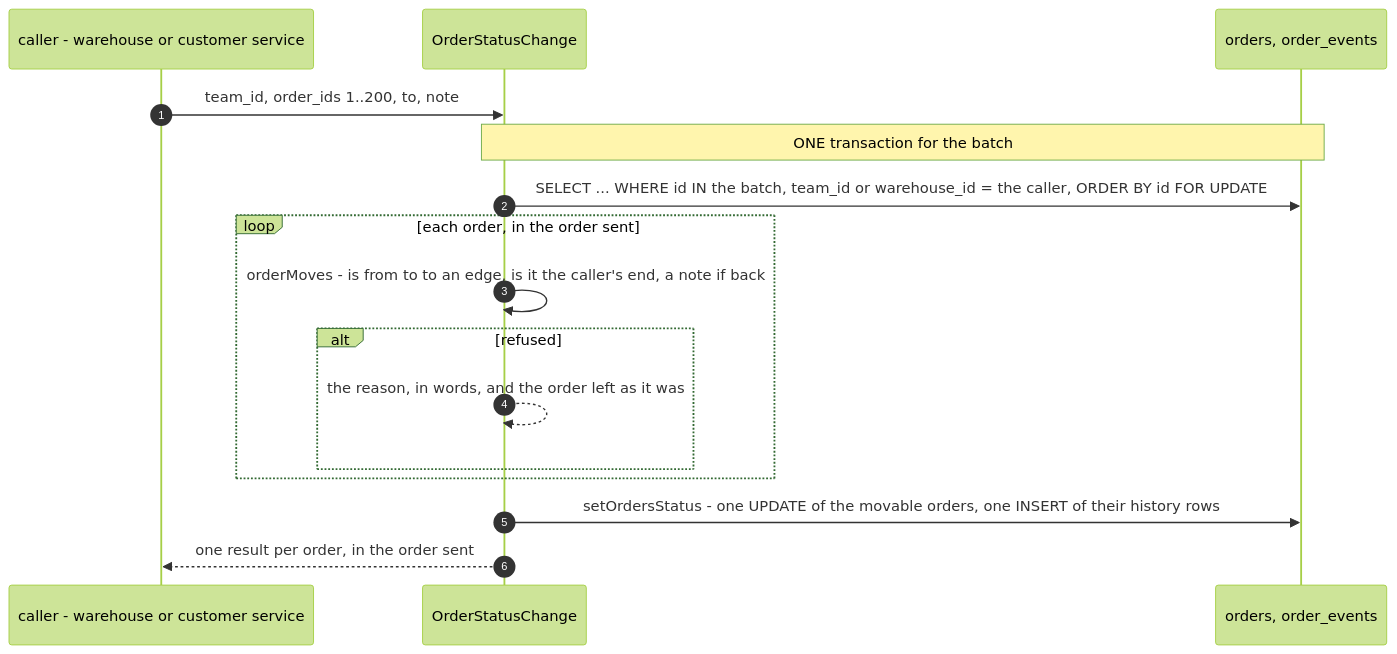
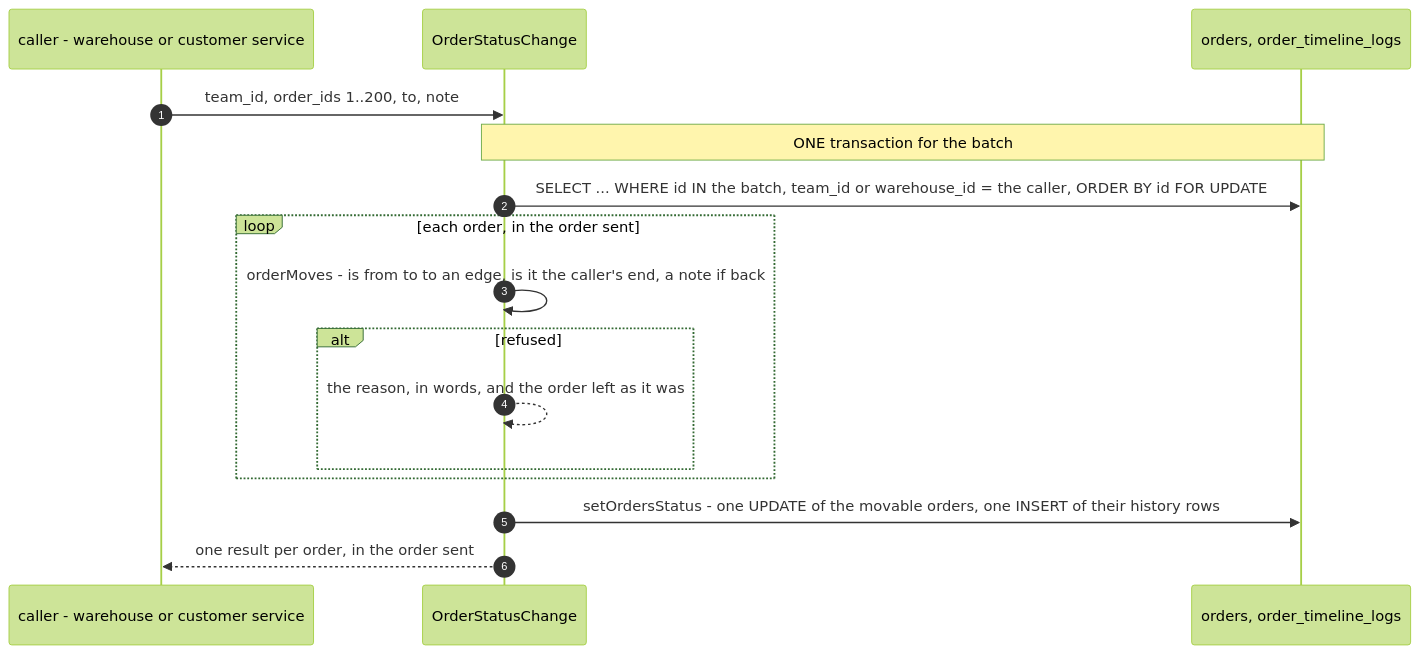
One commit to pdcgo/warehouse_revamp changed the second of 12 diagrams in docs/services/selling_service/rpc.md. Above: the diagram before and after it, drawn with Mermaid (forest theme). The commit also changed other lines of this file and 74 other files, not shown here.

First line of the commit message:
feat(order): timeline logs, list filters, the row's shop and units, export

````diff
--- a/docs/services/selling_service/rpc.md
+++ b/docs/services/selling_service/rpc.md
@@ -47,19 +47,19 @@
 ```mermaid
 sequenceDiagram
     autonumber
     participant C as caller - warehouse or customer service
     participant S as OrderStatusChange
-    participant DB as orders, order_events
+    participant DB as orders, order_timeline_logs
 
     C->>S: team_id, order_ids 1..200, to, note
     Note over S,DB: ONE transaction for the batch
     S->>DB: SELECT ... WHERE id IN the batch, team_id or warehouse_id = the caller, ORDER BY id FOR UPDATE
     loop each order, in the order sent
         S->>S: orderMoves - is from to to an edge, is it the caller's end, a note if back
         alt refused
             S-->>S: the reason, in words, and the order left as it was
         end
     end
     S->>DB: setOrdersStatus - one UPDATE of the movable orders, one INSERT of their history rows
     S-->>C: one result per order, in the order sent
 ```
````
